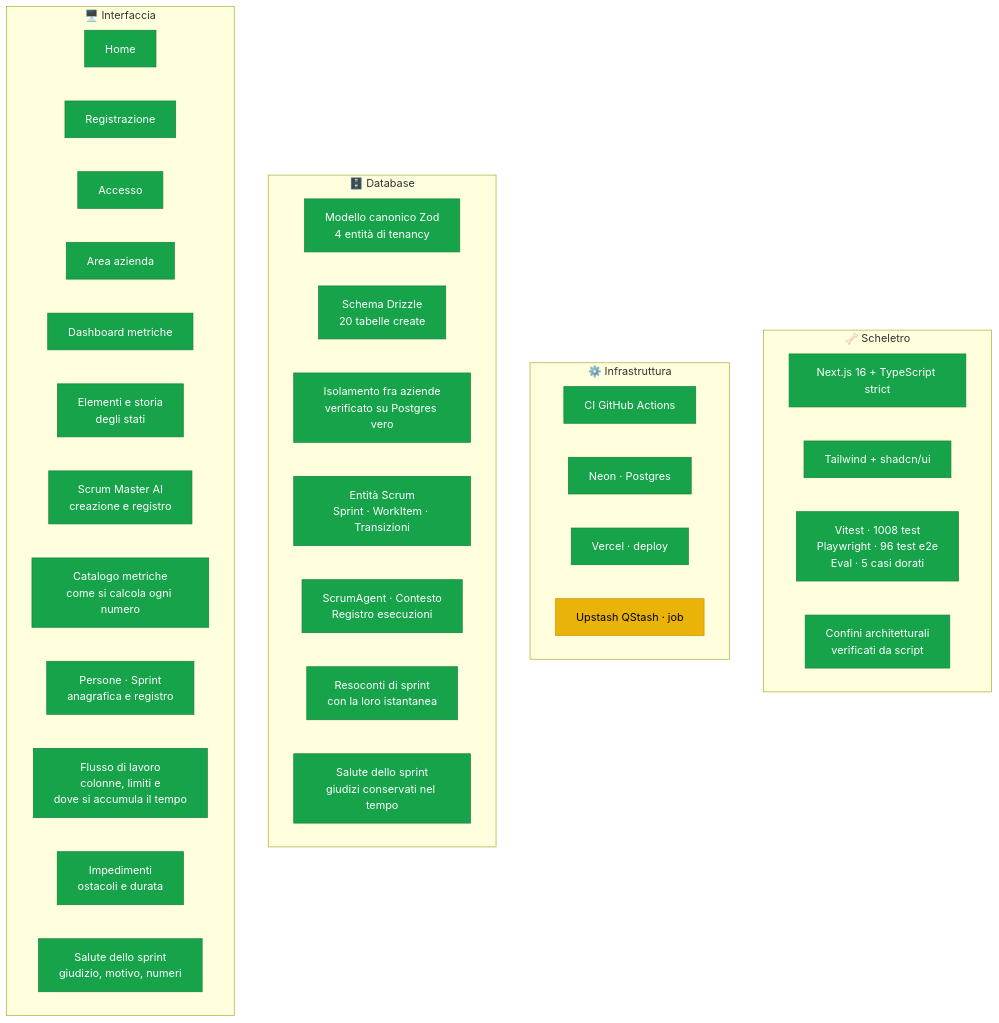
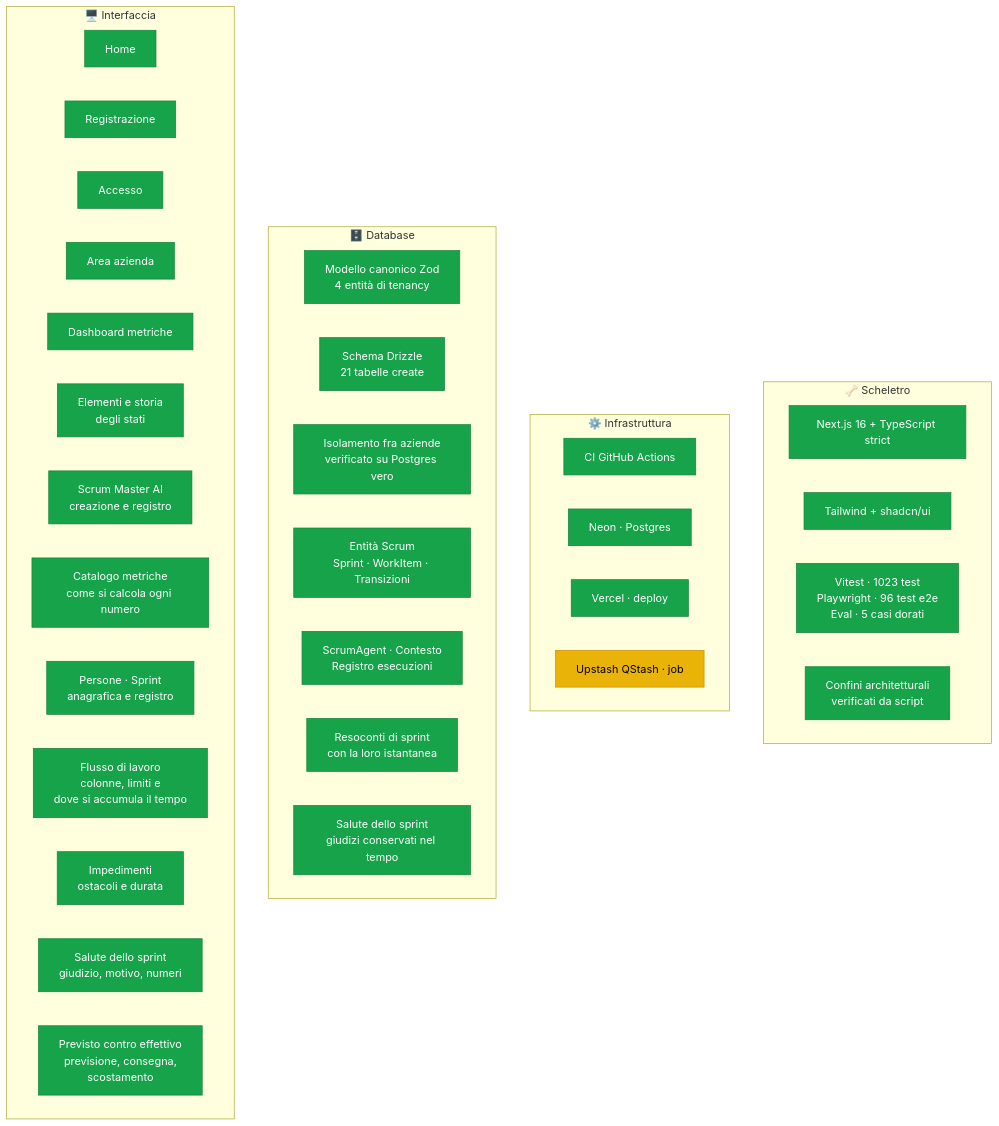
Before and after one commit to dibari62/scrum-master-ai: the first of 3 diagrams in docs/stato-progetto.md, drawn with Mermaid. The commit also changed other lines of this file and 21 other files, not shown here.

````diff
--- a/docs/stato-progetto.md
+++ b/docs/stato-progetto.md
@@ -16,51 +16,52 @@
 ```mermaid
 graph TB
     subgraph SCH["🦴 Scheletro"]
         S1["Next.js 16 + TypeScript strict"]
         S2["Tailwind + shadcn/ui"]
-        S3["Vitest · 1008 test<br/>Playwright · 96 test e2e<br/>Eval · 5 casi dorati"]
+        S3["Vitest · 1023 test<br/>Playwright · 96 test e2e<br/>Eval · 5 casi dorati"]
         S4["Confini architetturali<br/>verificati da script"]
     end
 
     subgraph INF["⚙️ Infrastruttura"]
         I1["CI GitHub Actions"]
         I2["Neon · Postgres"]
         I3["Vercel · deploy"]
         I4["Upstash QStash · job"]
     end
 
     subgraph DB["🗄️ Database"]
         D1["Modello canonico Zod<br/>4 entità di tenancy"]
-        D2["Schema Drizzle<br/>20 tabelle create"]
+        D2["Schema Drizzle<br/>21 tabelle create"]
         D3["Isolamento fra aziende<br/>verificato su Postgres vero"]
         D4["Entità Scrum<br/>Sprint · WorkItem · Transizioni"]
         D5["ScrumAgent · Contesto<br/>Registro esecuzioni"]
         D6["Resoconti di sprint<br/>con la loro istantanea"]
         D7["Salute dello sprint<br/>giudizi conservati nel tempo"]
     end
 
     subgraph UI["🖥️ Interfaccia"]
         U1["Home"]
         U2["Registrazione"]
         U3["Accesso"]
         U4["Area azienda"]
         U5["Dashboard metriche"]
         U7["Elementi e storia<br/>degli stati"]
         U6["Scrum Master AI<br/>creazione e registro"]
         U8["Catalogo metriche<br/>come si calcola ogni numero"]
         U9["Persone · Sprint<br/>anagrafica e registro"]
         U10["Flusso di lavoro<br/>colonne, limiti e<br/>dove si accumula il tempo"]
         U11["Impedimenti<br/>ostacoli e durata"]
         U12["Salute dello sprint<br/>giudizio, motivo, numeri"]
+        U13["Previsto contro effettivo<br/>previsione, consegna,<br/>scostamento"]
     end
 
     classDef fatto fill:#16a34a,stroke:#15803d,color:#fff
     classDef corso fill:#eab308,stroke:#ca8a04,color:#000
     classDef todo fill:#e5e7eb,stroke:#9ca3af,color:#6b7280
 
     class S1,S2,S3,S4 fatto
     class I1,I2,I3 fatto
     class I4 corso
     class D1,D2,D3,D4,D5,D6,D7 fatto
-    class U1,U2,U3,U4,U5,U6,U7,U8,U9,U10,U11,U12 fatto
+    class U1,U2,U3,U4,U5,U6,U7,U8,U9,U10,U11,U12,U13 fatto
 ```
````
